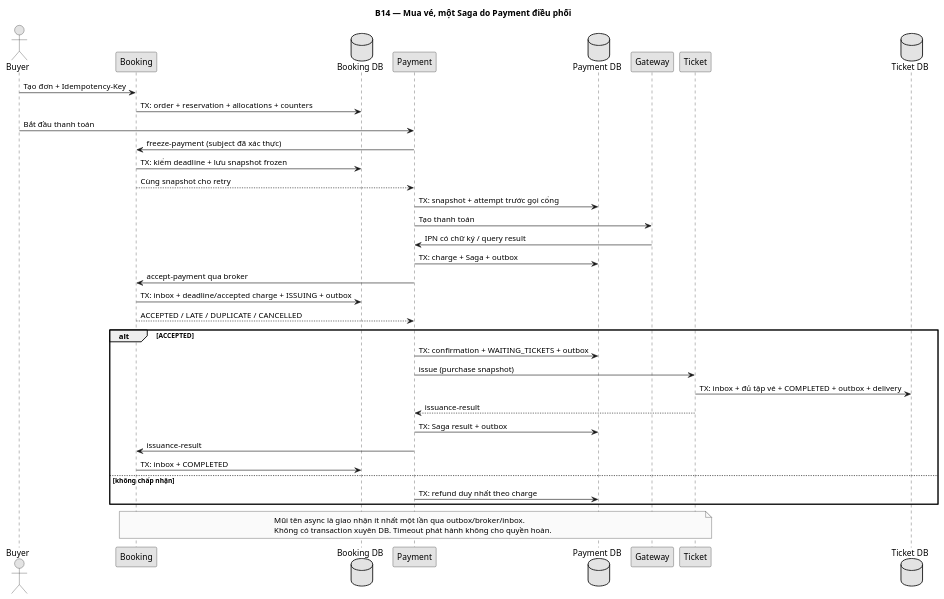
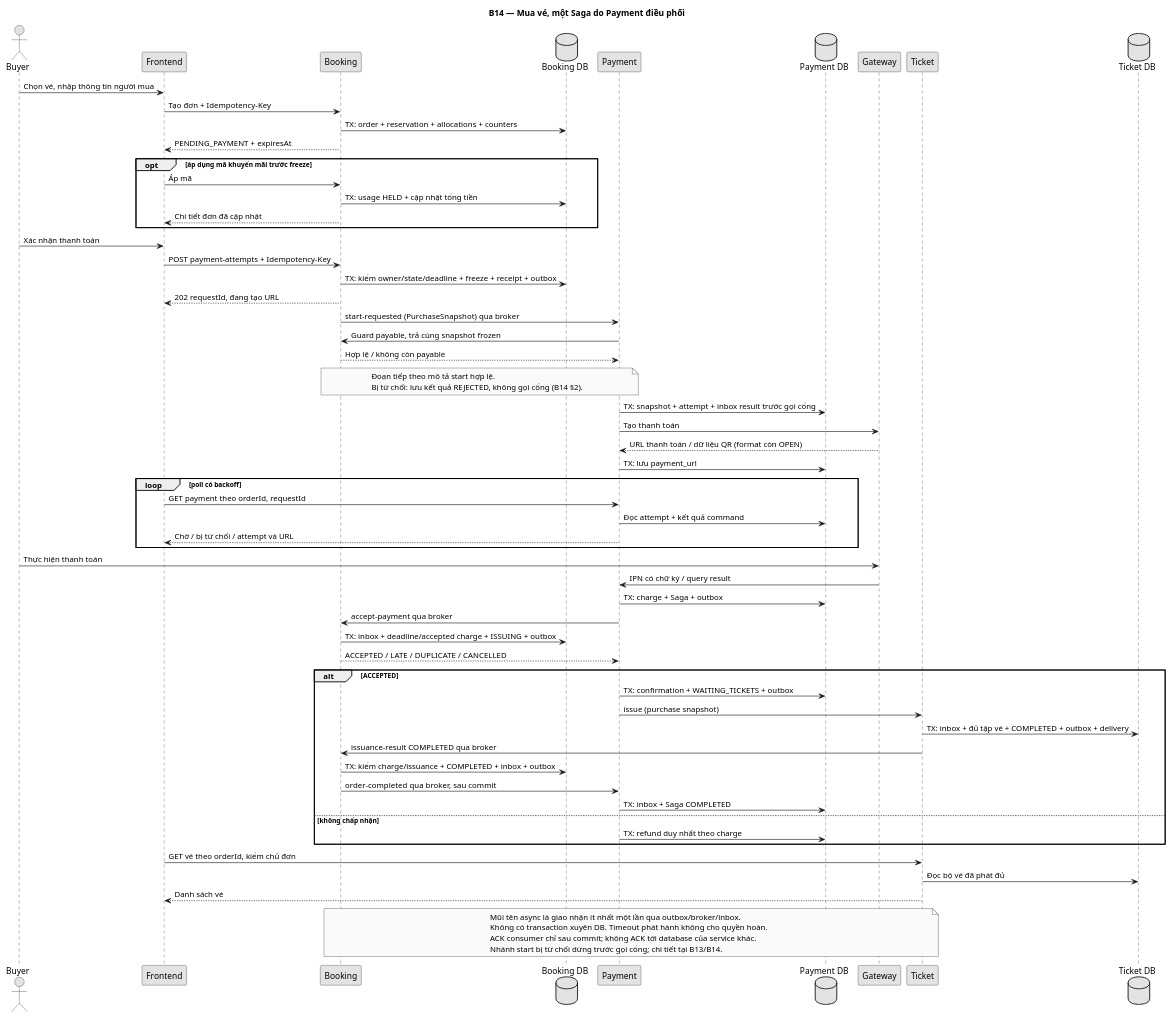
Before and after one commit to levanminh04/flash-ticket-platform: the diagram in docs/diagrams/src/B14-01-order-payment-ticket-sequence.puml, drawn with PlantUML. The commit also changed 29 other files, not shown here.

```diff
--- a/docs/diagrams/src/B14-01-order-payment-ticket-sequence.puml
+++ b/docs/diagrams/src/B14-01-order-payment-ticket-sequence.puml
@@ -1,40 +1,68 @@
 @startuml
 skinparam monochrome true
 title B14 — Mua vé, một Saga do Payment điều phối
 actor Buyer
+participant Frontend
 participant Booking
 database "Booking DB" as BDB
 participant Payment
 database "Payment DB" as PDB
 participant Gateway
 participant Ticket
 database "Ticket DB" as TDB
-Buyer -> Booking : Tạo đơn + Idempotency-Key
+Buyer -> Frontend : Chọn vé, nhập thông tin người mua
+Frontend -> Booking : Tạo đơn + Idempotency-Key
 Booking -> BDB : TX: order + reservation + allocations + counters
-Buyer -> Payment : Bắt đầu thanh toán
-Payment -> Booking : freeze-payment (subject đã xác thực)
-Booking -> BDB : TX: kiểm deadline + lưu snapshot frozen
-Booking --> Payment : Cùng snapshot cho retry
-Payment -> PDB : TX: snapshot + attempt trước gọi cổng
+Booking --> Frontend : PENDING_PAYMENT + expiresAt
+opt áp dụng mã khuyến mãi trước freeze
+  Frontend -> Booking : Áp mã
+  Booking -> BDB : TX: usage HELD + cập nhật tổng tiền
+  Booking --> Frontend : Chi tiết đơn đã cập nhật
+end
+Buyer -> Frontend : Xác nhận thanh toán
+Frontend -> Booking : POST payment-attempts + Idempotency-Key
+Booking -> BDB : TX: kiểm owner/state/deadline + freeze + receipt + outbox
+Booking --> Frontend : 202 requestId, đang tạo URL
+Booking -> Payment : start-requested (PurchaseSnapshot) qua broker
+Payment -> Booking : Guard payable, trả cùng snapshot frozen
+Booking --> Payment : Hợp lệ / không còn payable
+note over Booking,Payment
+  Đoạn tiếp theo mô tả start hợp lệ.
+  Bị từ chối: lưu kết quả REJECTED, không gọi cổng (B14 §2).
+end note
+Payment -> PDB : TX: snapshot + attempt + inbox result trước gọi cổng
 Payment -> Gateway : Tạo thanh toán
+Gateway --> Payment : URL thanh toán / dữ liệu QR (format còn OPEN)
+Payment -> PDB : TX: lưu payment_url
+loop poll có backoff
+  Frontend -> Payment : GET payment theo orderId, requestId
+  Payment -> PDB : Đọc attempt + kết quả command
+  Payment --> Frontend : Chờ / bị từ chối / attempt và URL
+end
+Buyer -> Gateway : Thực hiện thanh toán
 Gateway -> Payment : IPN có chữ ký / query result
 Payment -> PDB : TX: charge + Saga + outbox
 Payment -> Booking : accept-payment qua broker
 Booking -> BDB : TX: inbox + deadline/accepted charge + ISSUING + outbox
 Booking --> Payment : ACCEPTED / LATE / DUPLICATE / CANCELLED
 alt ACCEPTED
   Payment -> PDB : TX: confirmation + WAITING_TICKETS + outbox
   Payment -> Ticket : issue (purchase snapshot)
   Ticket -> TDB : TX: inbox + đủ tập vé + COMPLETED + outbox + delivery
-  Ticket --> Payment : issuance-result
-  Payment -> PDB : TX: Saga result + outbox
-  Payment -> Booking : issuance-result
-  Booking -> BDB : TX: inbox + COMPLETED
+  Ticket -> Booking : issuance-result COMPLETED qua broker
+  Booking -> BDB : TX: kiểm charge/issuance + COMPLETED + inbox + outbox
+  Booking -> Payment : order-completed qua broker, sau commit
+  Payment -> PDB : TX: inbox + Saga COMPLETED
 else không chấp nhận
   Payment -> PDB : TX: refund duy nhất theo charge
 end
+Frontend -> Ticket : GET vé theo orderId, kiểm chủ đơn
+Ticket -> TDB : Đọc bộ vé đã phát đủ
+Ticket --> Frontend : Danh sách vé
 note over Booking,Ticket
   Mũi tên async là giao nhận ít nhất một lần qua outbox/broker/inbox.
   Không có transaction xuyên DB. Timeout phát hành không cho quyền hoàn.
+  ACK consumer chỉ sau commit; không ACK tới database của service khác.
+  Nhánh start bị từ chối dừng trước gọi cổng; chi tiết tại B13/B14.
 end note
 @enduml
```
